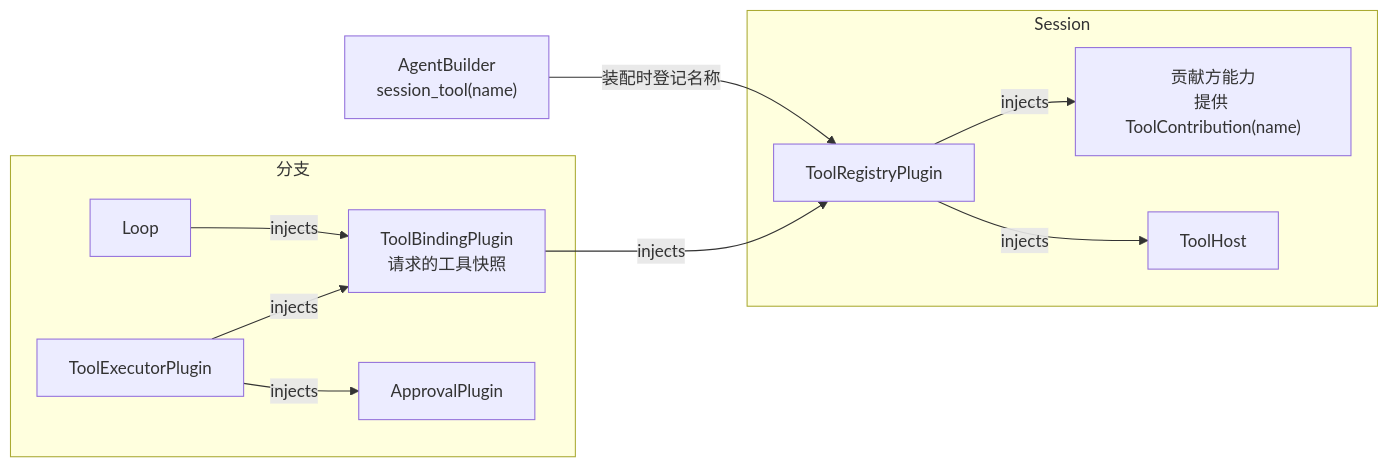
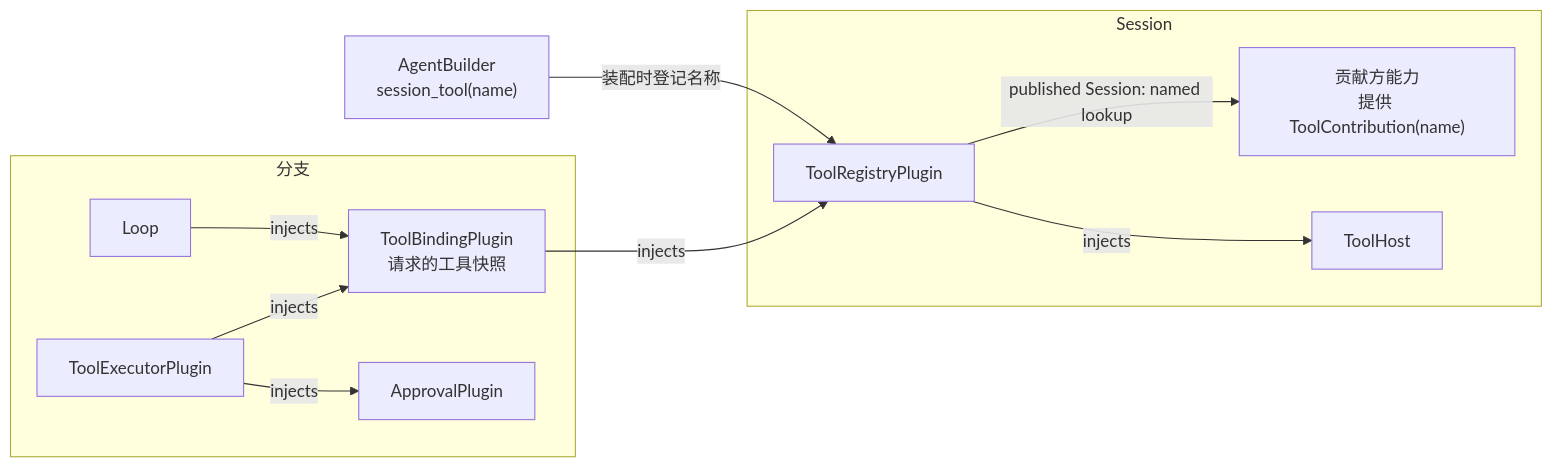
Before and after one commit to CoutinhoTTS/dim-agent: the diagram in docs/architecture/rust-agent/tool-contributions.md, drawn with Mermaid. The commit also changed other lines of this file and 14 other files, not shown here.

````diff
--- a/docs/architecture/rust-agent/tool-contributions.md
+++ b/docs/architecture/rust-agent/tool-contributions.md
@@ -16,22 +16,22 @@
 ```mermaid
 flowchart LR
   B["AgentBuilder<br/>session_tool(name)"]
   subgraph s["Session"]
     C["贡献方能力<br/>提供 ToolContribution(name)"]
     R["ToolRegistryPlugin"]
     H["ToolHost"]
   end
   subgraph br["分支"]
     TB["ToolBindingPlugin<br/>请求的工具快照"]
     L["Loop"]
     E["ToolExecutorPlugin"]
     A["ApprovalPlugin"]
   end
   B -->|装配时登记名称| R
-  R -->|injects| C
+  R -->|published Session: named lookup| C
   R -->|injects| H
   TB -->|injects| R
   L -->|injects| TB
   E -->|injects| TB
   E -->|injects| A
 ```
````
